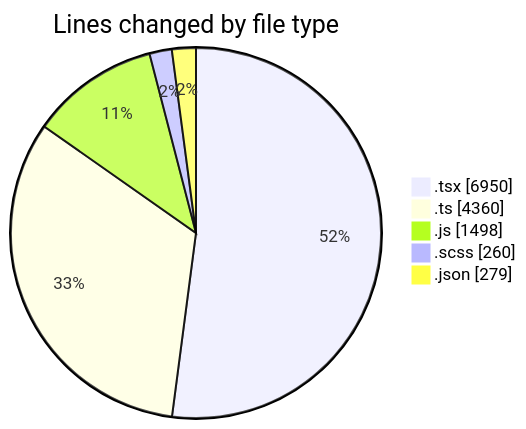
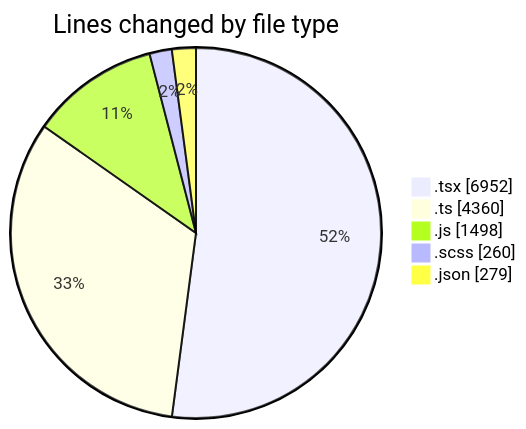
Before and after one commit to momahboobian/code-tracking: the first of 2 diagrams in 2026-06-11/cda/README.md, drawn with Mermaid. The commit also changed other lines of this file and 1 other file, not shown here.

````diff
--- a/2026-06-11/cda/README.md
+++ b/2026-06-11/cda/README.md
@@ -59,9 +59,9 @@
 ```mermaid
 pie showData
 title Lines changed by file type
-".tsx" : 6950
+".tsx" : 6952
 ".ts" : 4360
 ".js" : 1498
 ".scss" : 260
 ".json" : 279
 ```
````
